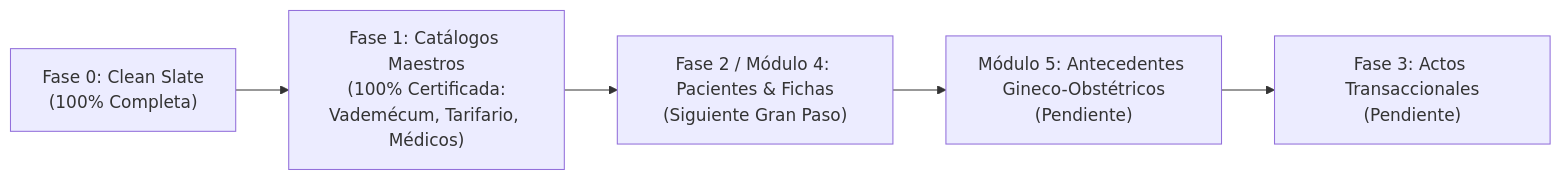
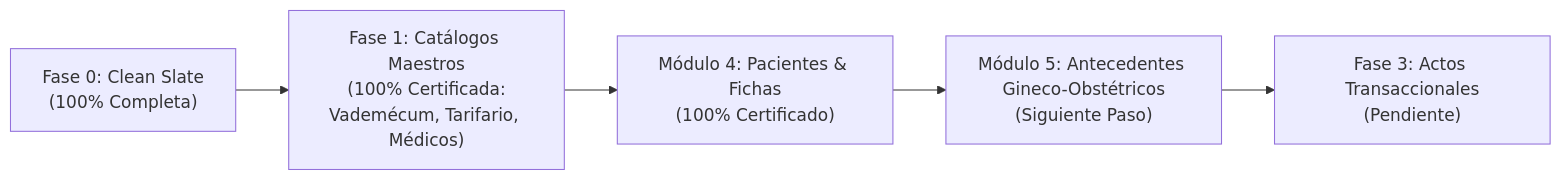
The diagram in docs/PROGRESS.md (VinKE3/cendo-demo), drawn with Mermaid before and after one commit. The commit also changed other lines of this file and 10 other files, not shown here.

Commit message:
feat(pacientes): modular architecture, strict DNI validation and 100% certified patients CRUD

````diff
--- a/docs/PROGRESS.md
+++ b/docs/PROGRESS.md
@@ -23,7 +23,7 @@
 ```mermaid
 flowchart LR
     Fase0["Fase 0: Clean Slate\n(100% Completa)"] --> Fase1["Fase 1: Catálogos Maestros\n(100% Certificada:\nVademécum, Tarifario, Médicos)"]
-    Fase1 --> Mod4["Fase 2 / Módulo 4: Pacientes & Fichas\n(Siguiente Gran Paso)"]
-    Mod4 --> Mod5["Módulo 5: Antecedentes Gineco-Obstétricos\n(Pendiente)"]
+    Fase1 --> Mod4["Módulo 4: Pacientes & Fichas\n(100% Certificado)"]
+    Mod4 --> Mod5["Módulo 5: Antecedentes Gineco-Obstétricos\n(Siguiente Paso)"]
     Mod5 --> Fase3["Fase 3: Actos Transaccionales\n(Pendiente)"]
 ```
````
